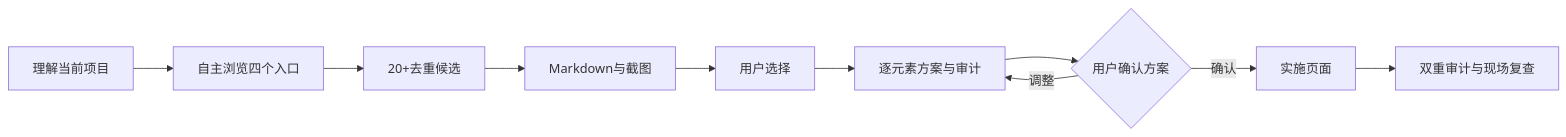
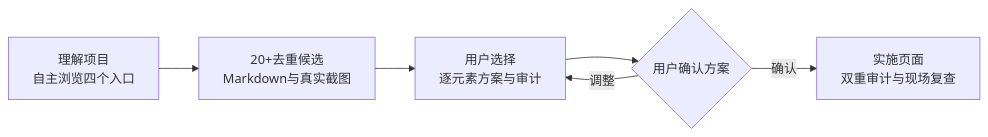
One commit to fms211/frontend-inspiration-assistant changed the diagram in README.md. Above: the diagram before and after it, drawn with Mermaid. The commit also changed 1 other file, not shown here.

Commit message:
docs: improve bilingual workflow readability

````diff
--- a/README.md
+++ b/README.md
@@ -42,12 +42,8 @@
 ```mermaid
 flowchart LR
-    A[理解当前项目] --> B[自主浏览四个入口]
-    B --> C[20+去重候选]
-    C --> D[Markdown与截图]
-    D --> E[用户选择]
-    E --> F[逐元素方案与审计]
-    F --> G{用户确认方案}
-    G -->|确认| H[实施页面]
-    G -->|调整| F
-    H --> I[双重审计与现场复查]
+    A["理解项目<br/>自主浏览四个入口"] --> B["20+去重候选<br/>Markdown与真实截图"]
+    B --> C["用户选择<br/>逐元素方案与审计"]
+    C --> D{用户确认方案}
+    D -->|确认| E["实施页面<br/>双重审计与现场复查"]
+    D -->|调整| C
 ```
````
